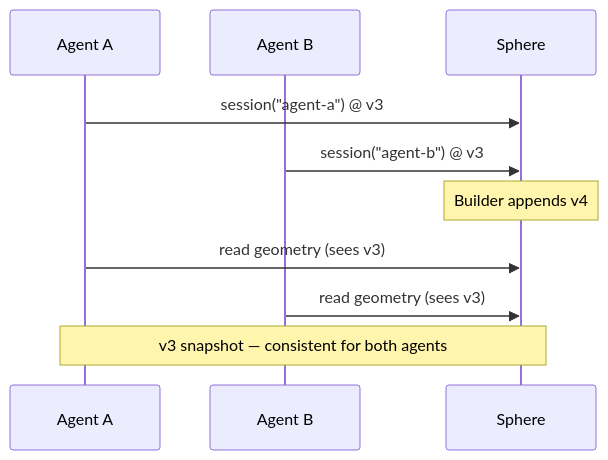
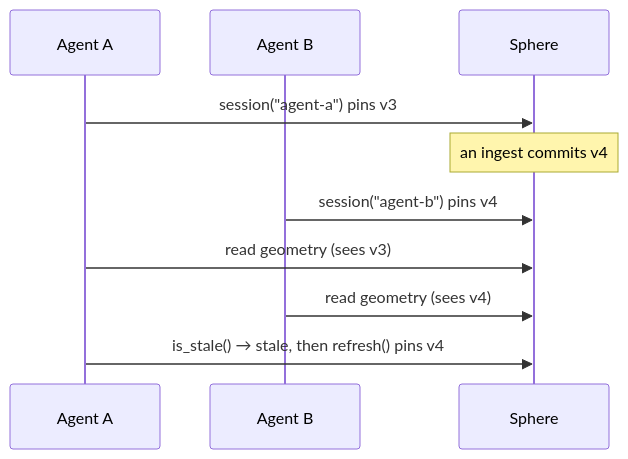
The sixth of 6 diagrams in docs/architecture.md (hypertopos/hypertopos-py), drawn with Mermaid before and after one commit. The commit also changed other lines of this file and 358 other files, not shown here.

````diff
--- a/docs/architecture.md
+++ b/docs/architecture.md
@@ -190,13 +214,13 @@
 ```mermaid
 sequenceDiagram
     participant A1 as Agent A
     participant A2 as Agent B
     participant S as Sphere
 
-    A1->>S: session("agent-a") @ v3
-    A2->>S: session("agent-b") @ v3
-    Note over S: Builder appends v4
+    A1->>S: session("agent-a") pins v3
+    Note over S: an ingest commits v4
+    A2->>S: session("agent-b") pins v4
     A1->>S: read geometry (sees v3)
-    A2->>S: read geometry (sees v3)
-    Note over A1,S: v3 snapshot — consistent for both agents
+    A2->>S: read geometry (sees v4)
+    A1->>S: is_stale() → stale, then refresh() pins v4
 ```
````
